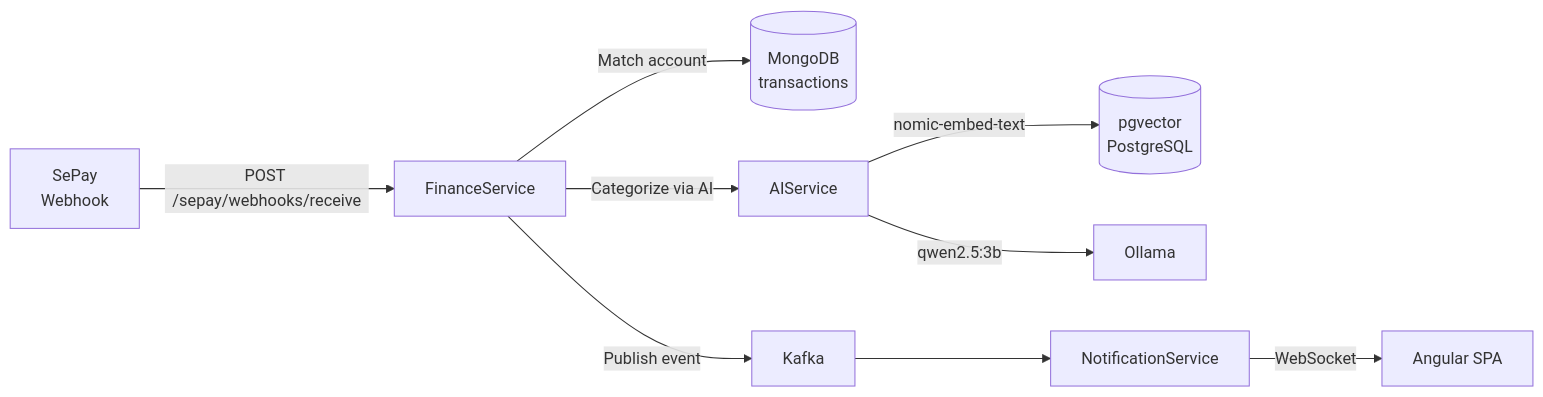
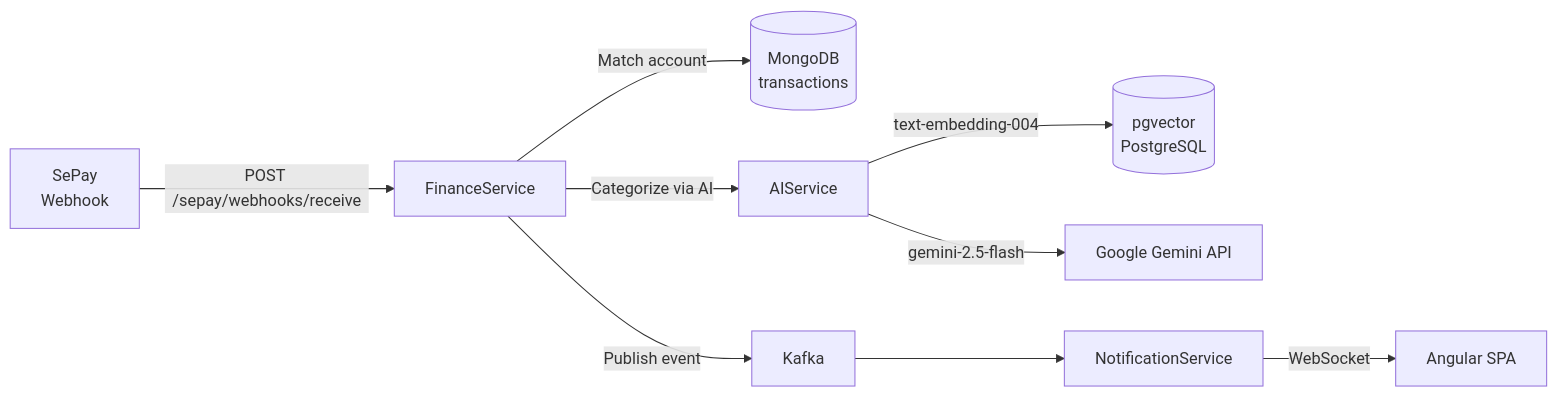
The third of 3 diagrams in README.md (BinhAn1676/FinMind), drawn with Mermaid before and after one commit. The commit also changed other lines of this file, not shown here.

````diff
--- a/README.md
+++ b/README.md
@@ -178,11 +183,11 @@
 ```mermaid
 flowchart LR
     SP[SePay\nWebhook] -->|POST /sepay/webhooks/receive| FS[FinanceService]
     FS -->|Match account| DB[(MongoDB\ntransactions)]
     FS -->|Categorize via AI| AI[AIService]
-    AI -->|nomic-embed-text| VEC[(pgvector\nPostgreSQL)]
-    AI -->|qwen2.5:3b| OL[Ollama]
+    AI -->|text-embedding-004| VEC[(pgvector\nPostgreSQL)]
+    AI -->|gemini-2.5-flash| GM[Google Gemini API]
     FS -->|Publish event| KF[Kafka]
     KF --> NS[NotificationService]
     NS -->|WebSocket| FE[Angular SPA]
 ```
````
